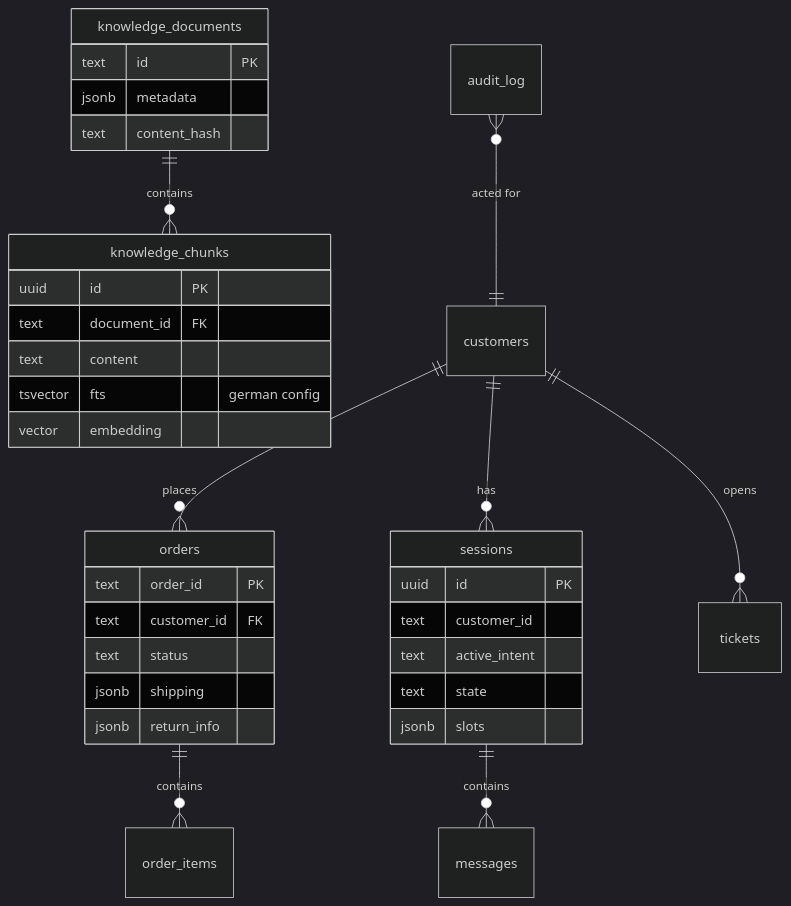
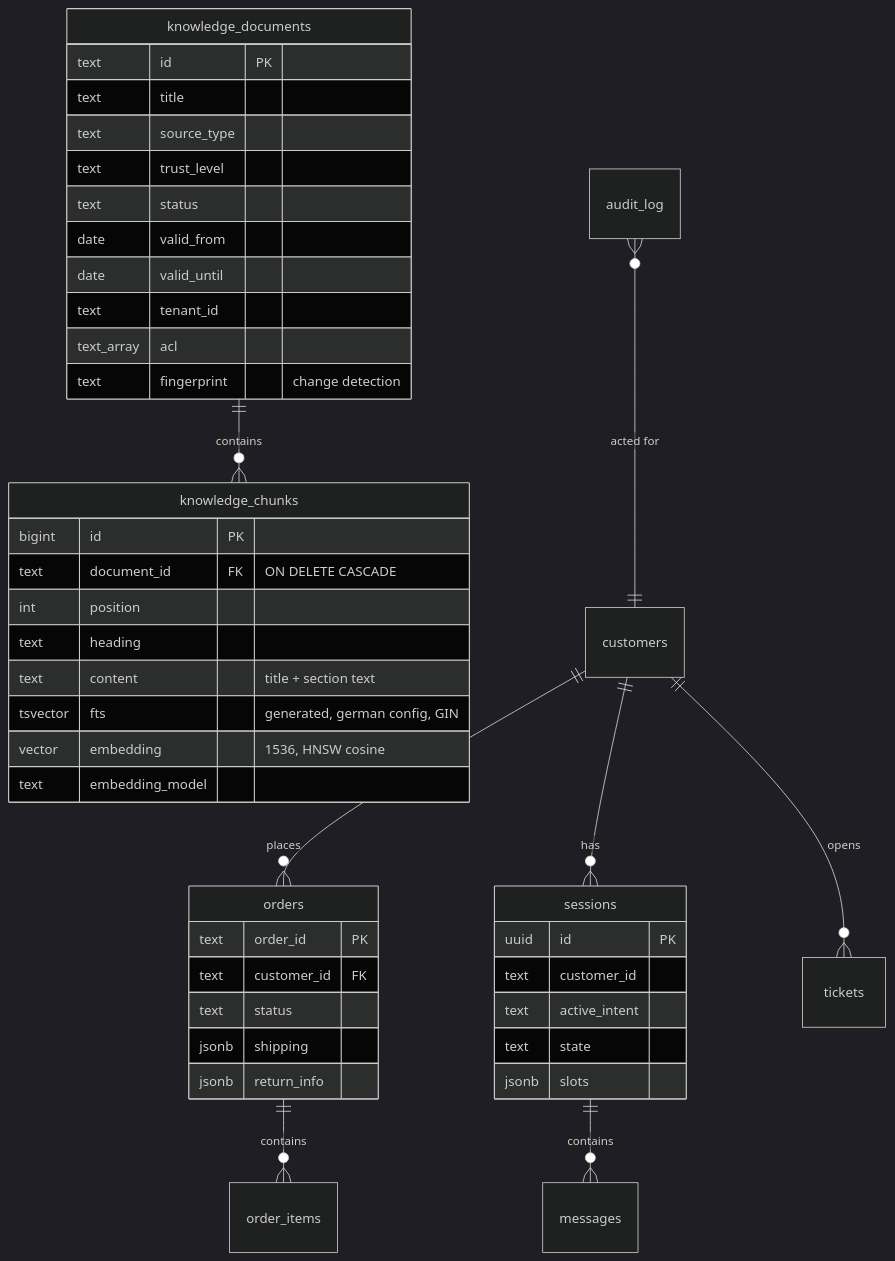
The seventh of 7 diagrams in docs/architecture.md (haoran-yang-henry/customer-chatbot), drawn with Mermaid (dark theme) before and after one commit. The commit also changed other lines of this file and 55 other files, not shown here.

````diff
--- a/docs/architecture.md
+++ b/docs/architecture.md
@@ -263,37 +298,47 @@
 ```mermaid
 erDiagram
     knowledge_documents ||--o{ knowledge_chunks : contains
     customers ||--o{ orders : places
     orders ||--o{ order_items : contains
     customers ||--o{ sessions : has
     sessions ||--o{ messages : contains
     customers ||--o{ tickets : opens
     audit_log }o--|| customers : "acted for"
 
     knowledge_documents {
         text id PK
-        jsonb metadata
-        text content_hash
+        text title
+        text source_type
+        text trust_level
+        text status
+        date valid_from
+        date valid_until
+        text tenant_id
+        text_array acl
+        text fingerprint "change detection"
     }
     knowledge_chunks {
-        uuid id PK
-        text document_id FK
-        text content
-        tsvector fts "german config"
-        vector embedding
+        bigint id PK
+        text document_id FK "ON DELETE CASCADE"
+        int position
+        text heading
+        text content "title + section text"
+        tsvector fts "generated, german config, GIN"
+        vector embedding "1536, HNSW cosine"
+        text embedding_model
     }
     sessions {
         uuid id PK
         text customer_id
         text active_intent
         text state
         jsonb slots
     }
     orders {
         text order_id PK
         text customer_id FK
         text status
         jsonb shipping
         jsonb return_info
     }
 ```
````
